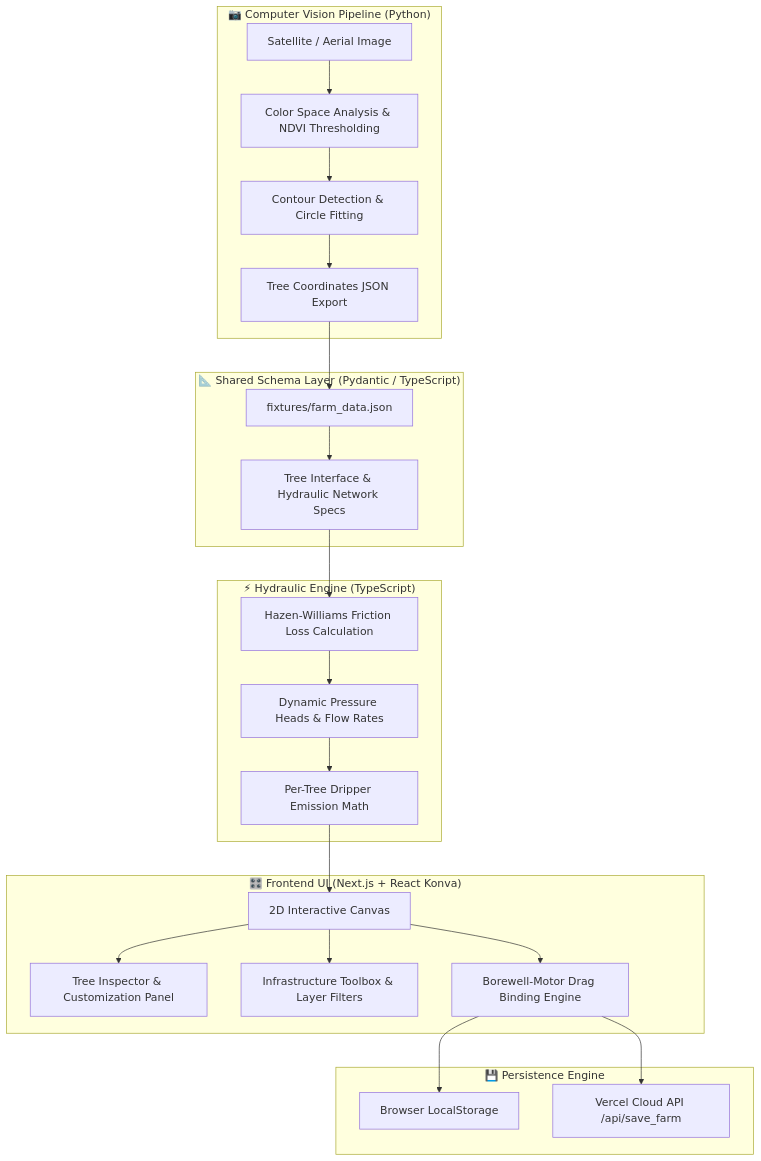
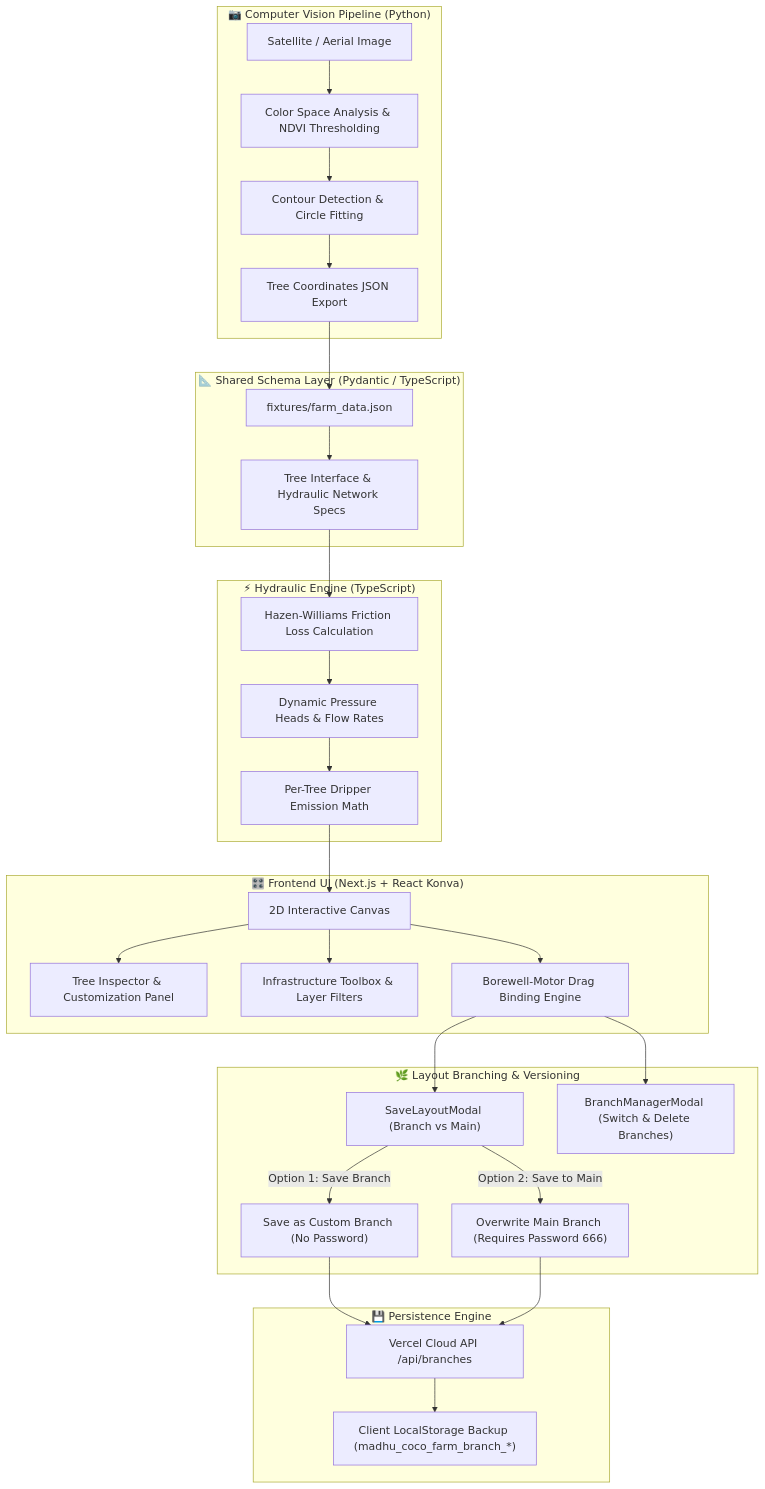
Before and after one commit to abhay2008/coconut-farm-digital-twin: the diagram in README.md, drawn with Mermaid. The commit also changed other lines of this file and 1 other file, not shown here.

Commit message:
docs: update README.md and USAGE_GUIDE.md with layout branching, password 666 protection, and branch manager documentation

````diff
--- a/README.md
+++ b/README.md
@@ -65,31 +67,39 @@
 ```mermaid
 flowchart TD
     subgraph CV_Pipeline["📷 Computer Vision Pipeline (Python)"]
         A["Satellite / Aerial Image"] --> B["Color Space Analysis & NDVI Thresholding"]
         B --> C["Contour Detection & Circle Fitting"]
         C --> D["Tree Coordinates JSON Export"]
     end
 
     subgraph Data_Schemas["📐 Shared Schema Layer (Pydantic / TypeScript)"]
         D --> E["fixtures/farm_data.json"]
         E --> F["Tree Interface & Hydraulic Network Specs"]
     end
 
     subgraph Simulation_Engine["⚡ Hydraulic Engine (TypeScript)"]
         F --> G["Hazen-Williams Friction Loss Calculation"]
         G --> H["Dynamic Pressure Heads & Flow Rates"]
         H --> I["Per-Tree Dripper Emission Math"]
     end
 
     subgraph Interactive_UI["🎛️ Frontend UI (Next.js + React Konva)"]
         I --> J["2D Interactive Canvas"]
         J --> K["Tree Inspector & Customization Panel"]
         J --> L["Infrastructure Toolbox & Layer Filters"]
         J --> M["Borewell-Motor Drag Binding Engine"]
     end
 
+    subgraph Branching_Engine["🌿 Layout Branching & Versioning"]
+        M --> N["SaveLayoutModal (Branch vs Main)"]
+        N -->|Option 1: Save Branch| O1["Save as Custom Branch (No Password)"]
+        N -->|Option 2: Save to Main| O2["Overwrite Main Branch (Requires Password 666)"]
+        M --> P["BranchManagerModal (Switch & Delete Branches)"]
+    end
+
     subgraph Storage["💾 Persistence Engine"]
-        M --> N["Browser LocalStorage"]
-        M --> O["Vercel Cloud API /api/save_farm"]
+        O1 --> Q["Vercel Cloud API /api/branches"]
+        O2 --> Q
+        Q --> R["Client LocalStorage Backup (madhu_coco_farm_branch_*)"]
     end
 ```
````
